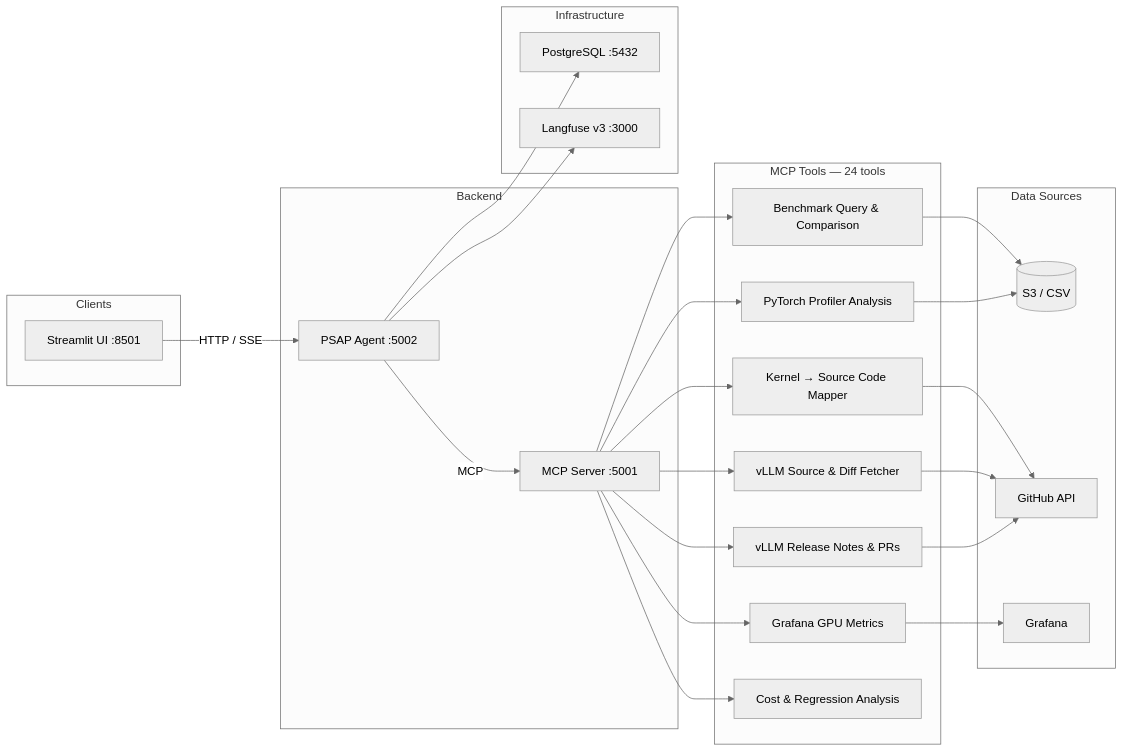
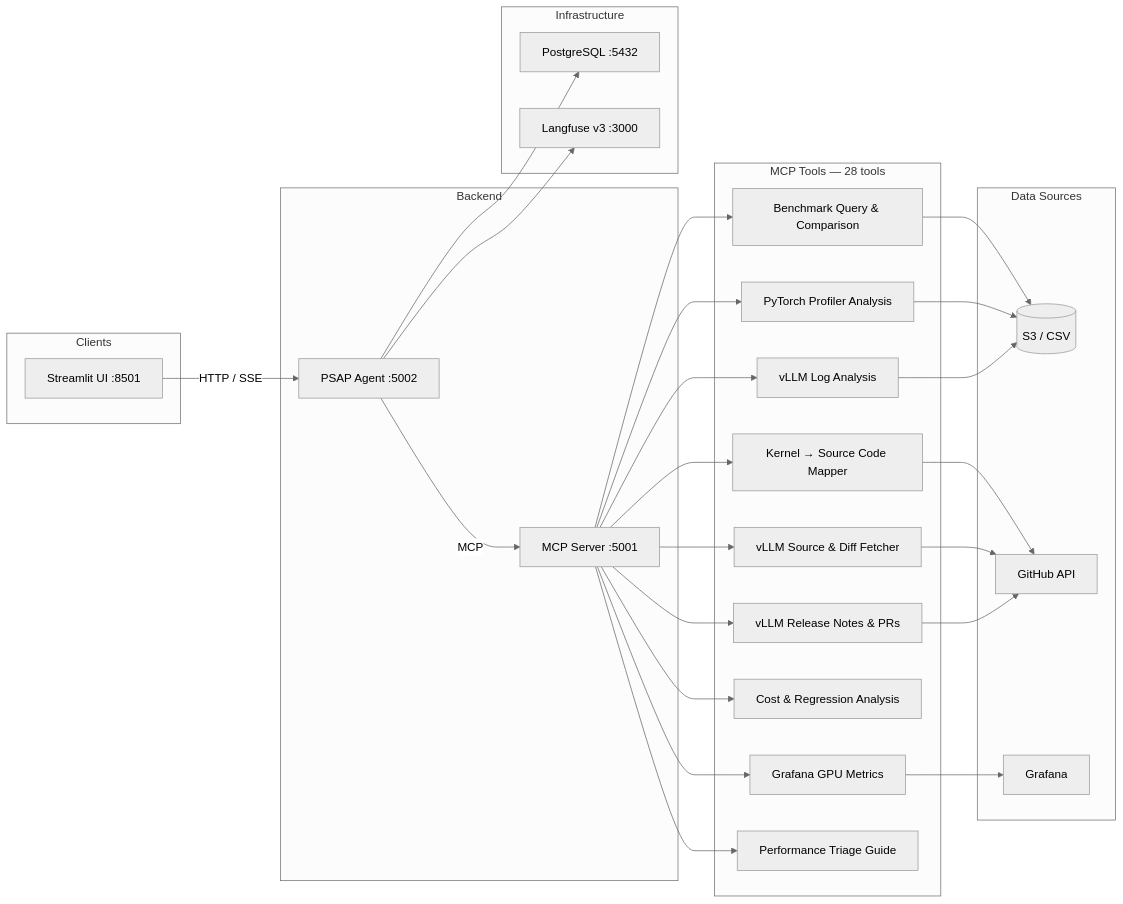
The diagram in README.md (openshift-psap/Performance-Analysis-Agent), drawn with Mermaid (neutral theme) before and after one commit. The commit also changed other lines of this file and 14 other files, not shown here.

Commit message:
upgrade mcp tools, agent core and streamlit UI

````diff
--- a/README.md
+++ b/README.md
@@ -7,44 +7,47 @@
 ```mermaid
 graph LR
     subgraph clients [Clients]
         ST[Streamlit UI :8501]
     end
 
     subgraph backend [Backend]
         AG[PSAP Agent :5002]
         MCP[MCP Server :5001]
     end
 
     subgraph data [Data Sources]
         S3[(S3 / CSV)]
         GH[GitHub API]
         GF[Grafana]
     end
 
     subgraph infra [Infrastructure]
         PG[PostgreSQL :5432]
         LF[Langfuse v3 :3000]
     end
 
-    subgraph tools [MCP Tools — 24 tools]
+    subgraph tools [MCP Tools — 28 tools]
         T1[Benchmark Query & Comparison]
         T2[PyTorch Profiler Analysis]
         T3[Kernel → Source Code Mapper]
         T4[vLLM Source & Diff Fetcher]
         T5[vLLM Release Notes & PRs]
         T6[Grafana GPU Metrics]
         T7[Cost & Regression Analysis]
+        T8[vLLM Log Analysis]
+        T9[Performance Triage Guide]
     end
 
     ST -->|HTTP / SSE| AG
     AG -->|MCP| MCP
     AG --> PG
     AG --> LF
-    MCP --> T1 & T2 & T3 & T4 & T5 & T6 & T7
+    MCP --> T1 & T2 & T3 & T4 & T5 & T6 & T7 & T8 & T9
     T1 --> S3
     T2 --> S3
     T3 --> GH
     T4 --> GH
     T5 --> GH
     T6 --> GF
+    T8 --> S3
 ```
````
